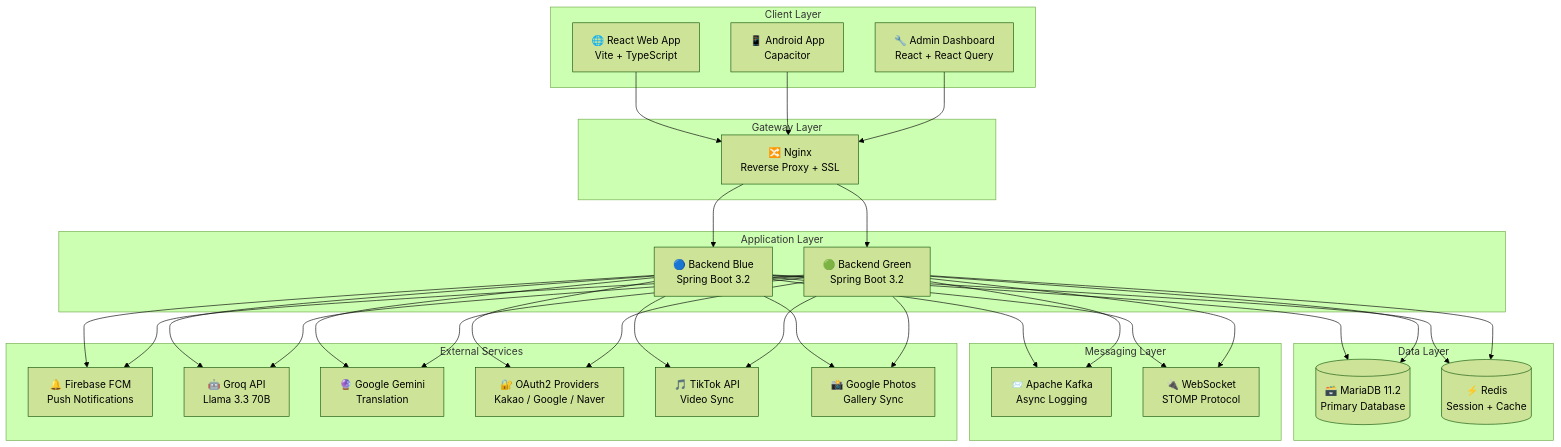
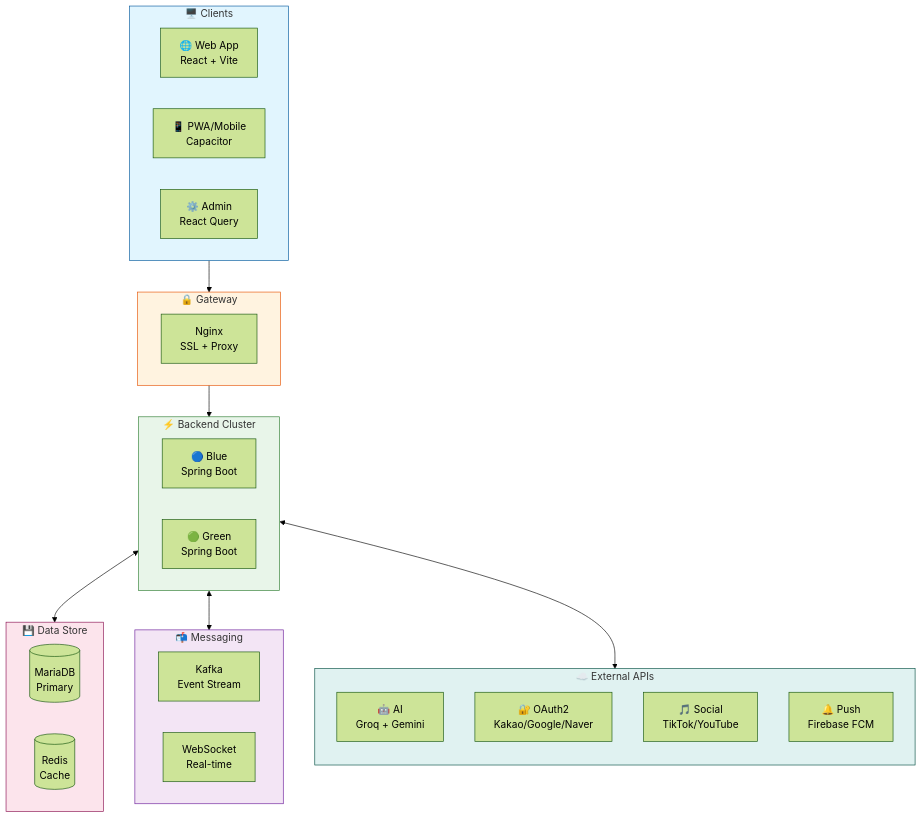
The diagram in README.md (ethan3011/korphil), drawn with Mermaid (forest theme) before and after one commit. The commit also changed other lines of this file, not shown here.

````diff
--- a/README.md
+++ b/README.md
@@ -75,42 +63,52 @@
 ```mermaid
-graph TB
-    subgraph "Client Layer"
-        WEB[🌐 React Web App<br/>Vite + TypeScript]
-        ANDROID[📱 Android App<br/>Capacitor]
-        ADMIN[🔧 Admin Dashboard<br/>React + React Query]
+flowchart TB
+    subgraph clients["🖥️ Clients"]
+        direction LR
+        web["🌐 Web App<br/>React + Vite"]
+        pwa["📱 PWA/Mobile<br/>Capacitor"]
+        admin["⚙️ Admin<br/>React Query"]
     end
-    
-    subgraph "Gateway Layer"
-        NGINX[🔀 Nginx<br/>Reverse Proxy + SSL]
+
+    subgraph gateway["🔒 Gateway"]
+        nginx["Nginx<br/>SSL + Proxy"]
     end
-    
-    subgraph "Application Layer"
-        BLUE[🔵 Backend Blue<br/>Spring Boot 3.2]
-        GREEN[🟢 Backend Green<br/>Spring Boot 3.2]
+
+    subgraph backend["⚡ Backend Cluster"]
+        direction LR
+        blue["🔵 Blue<br/>Spring Boot"]
+        green["🟢 Green<br/>Spring Boot"]
     end
-    
-    subgraph "Data Layer"
-        DB[(🗃️ MariaDB 11.2<br/>Primary Database)]
-        REDIS[(⚡ Redis<br/>Session + Cache)]
+
+    subgraph data["💾 Data Store"]
+        direction LR
+        db[("MariaDB<br/>Primary")]
+        redis[("Redis<br/>Cache")]
     end
-    
-    subgraph "Messaging Layer"
-        KAFKA[📨 Apache Kafka<br/>Async Logging]
-        WS[🔌 WebSocket<br/>STOMP Protocol]
+
+    subgraph messaging["📬 Messaging"]
+        direction LR
+        kafka["Kafka<br/>Event Stream"]
+        ws["WebSocket<br/>Real-time"]
     end
-    
-    subgraph "External Services"
-        FIREBASE[🔔 Firebase FCM<br/>Push Notifications]
-        GROQ[🤖 Groq API<br/>Llama 3.3 70B]
-        GEMINI[🔮 Google Gemini<br/>Translation]
-        OAUTH[🔐 OAuth2 Providers<br/>Kakao / Google / Naver]
-        TIKTOK[🎵 TikTok API<br/>Video Sync]
-        GPHOTOS[📸 Google Photos<br/>Gallery Sync]
+
+    subgraph external["☁️ External APIs"]
+        direction TB
+        ai["🤖 AI<br/>Groq + Gemini"]
+        oauth["🔐 OAuth2<br/>Kakao/Google/Naver"]
+        social["🎵 Social<br/>TikTok/YouTube"]
+        push["🔔 Push<br/>Firebase FCM"]
     end
-    
-    WEB & ANDROID & ADMIN --> NGINX
-    NGINX --> BLUE & GREEN
-    BLUE & GREEN --> DB & REDIS
-    BLUE & GREEN --> KAFKA & WS
-    BLUE & GREEN --> FIREBASE & GROQ & GEMINI & OAUTH & TIKTOK & GPHOTOS
+
+    clients --> gateway
+    gateway --> backend
+    backend <--> data
+    backend <--> messaging
+    backend <--> external
+
+    style clients fill:#e1f5fe,stroke:#01579b
+    style gateway fill:#fff3e0,stroke:#e65100
+    style backend fill:#e8f5e9,stroke:#2e7d32
+    style data fill:#fce4ec,stroke:#880e4f
+    style messaging fill:#f3e5f5,stroke:#6a1b9a
+    style external fill:#e0f2f1,stroke:#004d40
 ```
````
